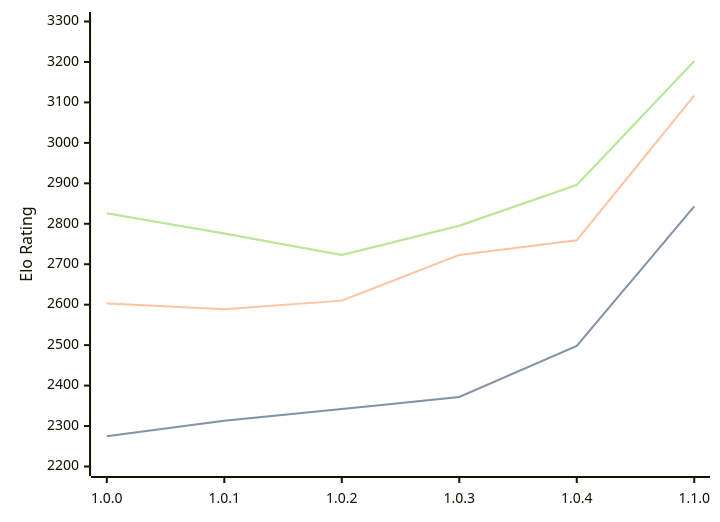
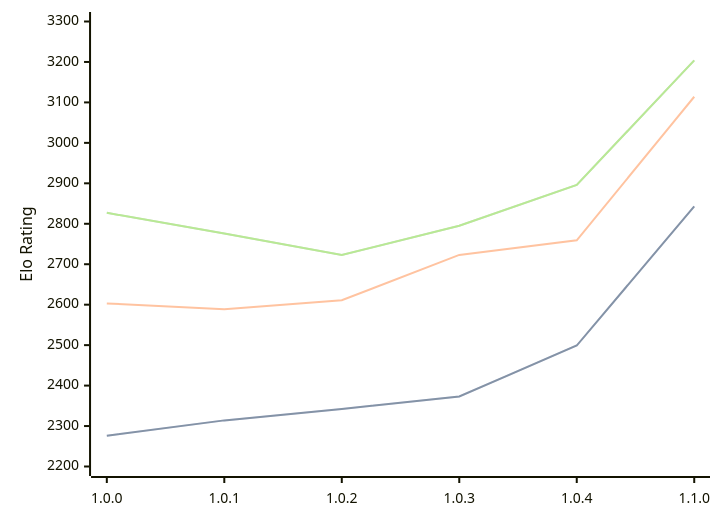
Before and after one commit to computer-chess-index/cci: the diagram in engines/Grail.md, drawn with Mermaid. The commit also changed other lines of this file, not shown here.

Commit message:
Update CCI Ratings (ELO VLTC) - 2026-03-14

````diff
--- a/engines/Grail.md
+++ b/engines/Grail.md
@@ -34,11 +34,11 @@
 ```mermaid
 %%{init: {"theme":"base","themeVariables":{"seriesColors:['#a3a3a3','#222221','#faa371']}}}%%
 xychart-beta
   x-axis ["1.0.0", "1.0.1", "1.0.2", "1.0.3", "1.0.4", "1.1.0"]
   y-axis "Elo Rating" 2200 --> 3300
-  line "STC (8.0+0.08s)" [2275, 2313, 2342, 2372, 2498, 2843]
-  line "STC (8.0+0.08s)" [2275, 2313, 2342, 2372, 2498, 2843]
-  line "LTC (60.0+0.60s)" [2603, 2589, 2610, 2723, 2759, 3117]
-  line "VLTC (2m24s+1.12s)" [2826, 2776, 2723, 2795, 2896, 3202]
-  line "VLTC (2m24s+1.12s)" [2826, 2776, 2723, 2795, 2896, 3202]
+  line "STC (8.0+0.08s)" [2276, 2314, 2342, 2373, 2499, 2843]
+  line "STC (8.0+0.08s)" [2276, 2314, 2342, 2373, 2499, 2843]
+  line "LTC (60.0+0.60s)" [2603, 2589, 2611, 2723, 2759, 3114]
+  line "VLTC (2m24s+1.12s)" [2827, 2776, 2723, 2795, 2896, 3204]
+  line "VLTC (2m24s+1.12s)" [2827, 2776, 2723, 2795, 2896, 3204]
 ```
````
